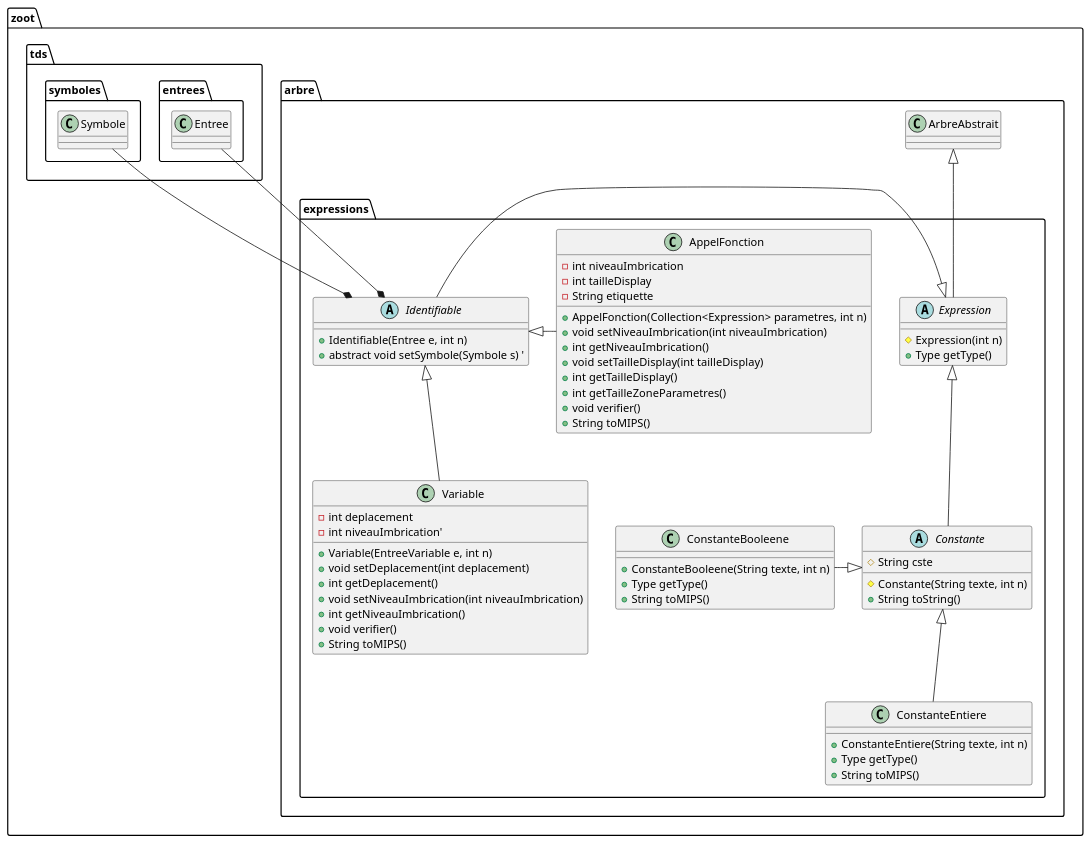
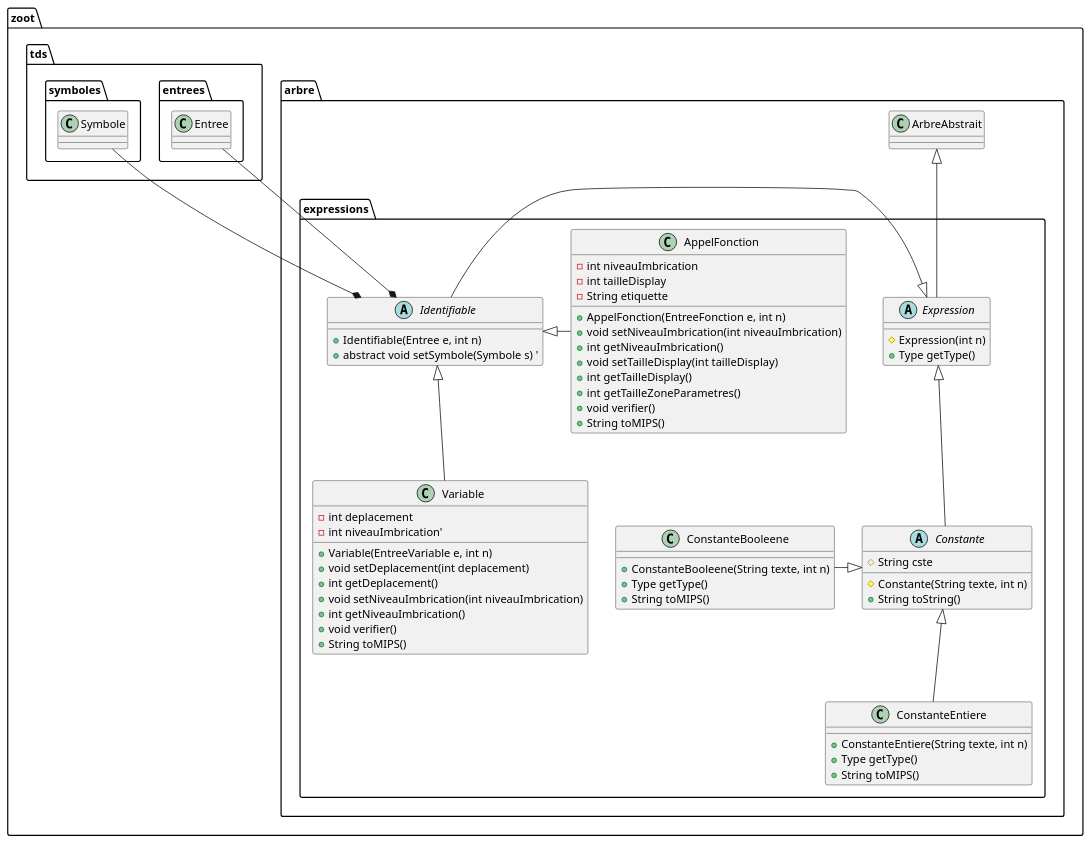
Before and after one commit to lmtb06/zoot: the diagram in diagrammes/classe/expressions.puml, drawn with PlantUML. The commit also changed 1 other file, not shown here.

Commit message:
Correction du diagramme de classe
# Détails :
 - Changement du contructeur de AppelFonction
 - Ajout de la fonction getTypeParametres à EntreeFonction

```diff
--- a/diagrammes/classe/expressions.puml
+++ b/diagrammes/classe/expressions.puml
@@ -1,70 +1,70 @@
 @startuml "Package expressions"
 namespace zoot.arbre.expressions {
     ' Includes
     ' Classes
     abstract class Expression {
         # Expression(int n)
         + Type getType()
     }
 
     abstract class Constante {
         # String cste
         # Constante(String texte, int n)
         + String toString()
     }
 
     class ConstanteEntiere {
         + ConstanteEntiere(String texte, int n)
         + Type getType()
         + String toMIPS()
     }
 
     class ConstanteBooleene {
         + ConstanteBooleene(String texte, int n)
         + Type getType()
         + String toMIPS()
 
     }
 
     abstract class Identifiable {
         + Identifiable(Entree e, int n)
         + abstract void setSymbole(Symbole s) '
     }
 
     class Variable {
         - int deplacement
         - int niveauImbrication'
         + Variable(EntreeVariable e, int n)
         + void setDeplacement(int deplacement)
         + int getDeplacement()
         + void setNiveauImbrication(int niveauImbrication)
         + int getNiveauImbrication()
         + void verifier()
         + String toMIPS()
     }
 
     class AppelFonction {
         - int niveauImbrication
         - int tailleDisplay
         - String etiquette
-        + AppelFonction(Collection<Expression> parametres, int n)
+        + AppelFonction(EntreeFonction e, int n)
         + void setNiveauImbrication(int niveauImbrication)
         + int getNiveauImbrication()
         + void setTailleDisplay(int tailleDisplay)
         + int getTailleDisplay()
         + int getTailleZoneParametres()
         + void verifier()
         + String toMIPS()
     }
     ' Relations entre les classes
     Expression -up-|> zoot.arbre.ArbreAbstrait
     Constante -up-|> Expression
     ConstanteEntiere -up-|> Constante
     ConstanteBooleene -right-|> Constante
     Identifiable *-up- zoot.tds.entrees.Entree
     Identifiable *-up- zoot.tds.symboles.Symbole
     Identifiable -left-|> Expression
     Variable -up-|> Identifiable
     AppelFonction -left-|> Identifiable
 }
 @enduml
```
